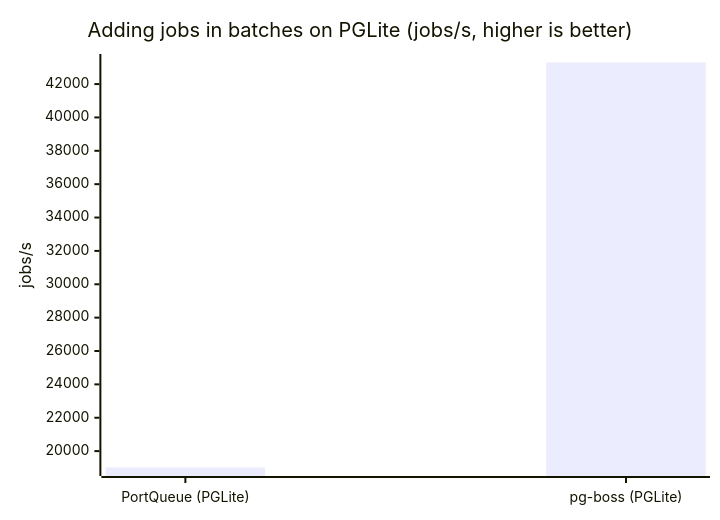
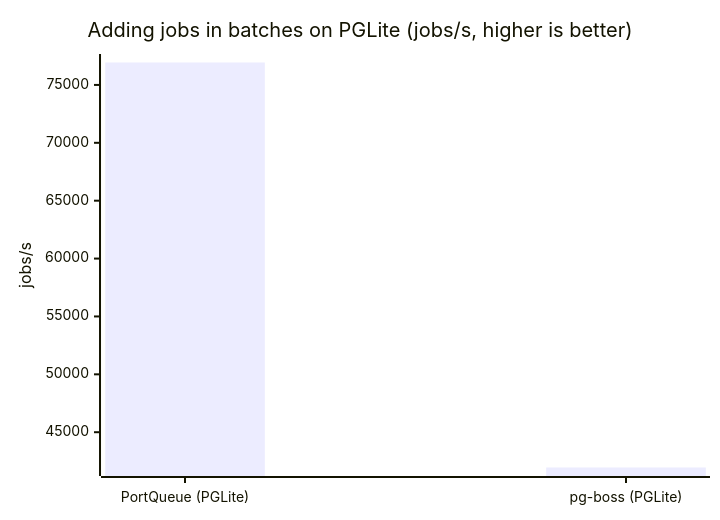
The second of 3 diagrams in README.md (episclera/portqueue), drawn with Mermaid before and after one commit. The commit also changed other lines of this file and 4 other files, not shown here.

````diff
--- a/README.md
+++ b/README.md
@@ -74,7 +74,7 @@
 ```mermaid
 xychart-beta
     title "Adding jobs in batches on PGLite (jobs/s, higher is better)"
     x-axis ["PortQueue (PGLite)", "pg-boss (PGLite)"]
     y-axis "jobs/s"
-    bar [19017.9, 43292.6]
+    bar [76937.5, 41951.5]
 ```
````
